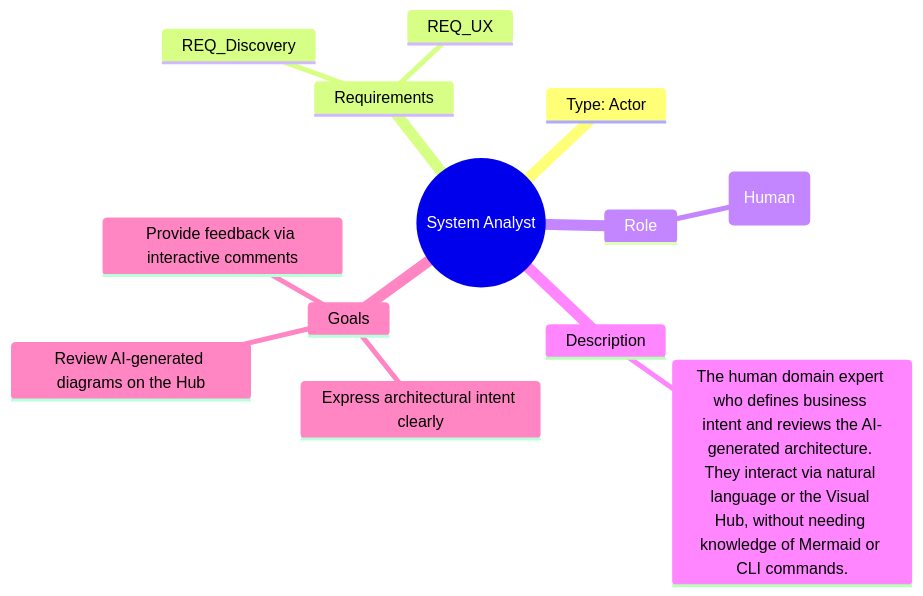
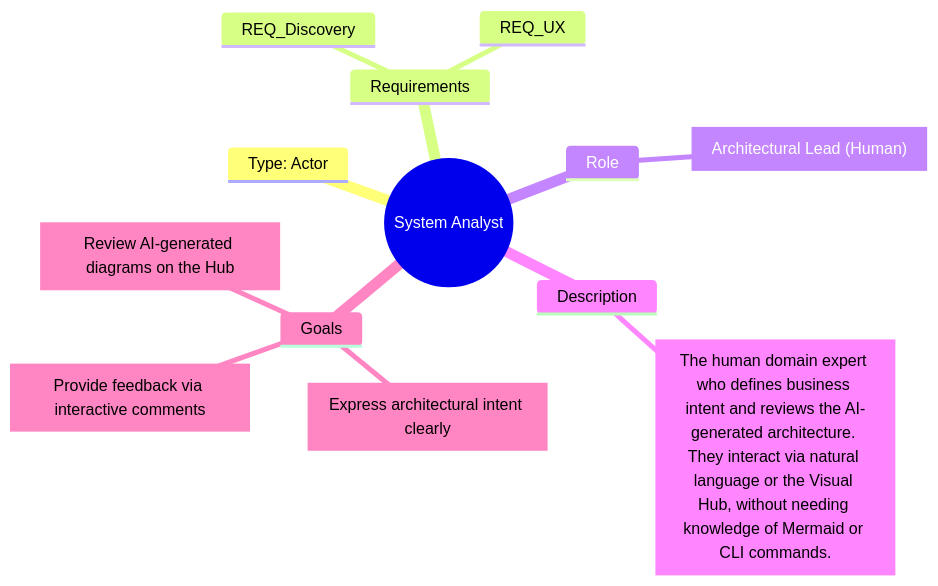
The diagram in docs/personas/PER_SystemAnalyst.mermaid (futurefoundai/foundryspec), drawn with Mermaid before and after one commit. The commit also changed 13 other files, not shown here.

```diff
--- a/docs/personas/PER_SystemAnalyst.mermaid
+++ b/docs/personas/PER_SystemAnalyst.mermaid
@@ -1,21 +1,19 @@
 ---
 id: "PER_SystemAnalyst"
 title: System Analyst
 description: The human domain expert who guides the system design.
-entities:
-  - id: "PER_SystemAnalyst"
 ---
 mindmap
   PER_SystemAnalyst((System Analyst))
     Type: Actor
     Requirements
       REQ_Discovery
       REQ_UX
     Role
-      Architectural Lead (Human)
+      ROLE["Architectural Lead (Human)"]
     Description
-      The human domain expert who defines business intent and reviews the AI-generated architecture. They interact via natural language or the Visual Hub, without needing knowledge of Mermaid or CLI commands.
+      DESCRIPTION["The human domain expert who defines business intent and reviews the AI-generated architecture. They interact via natural language or the Visual Hub, without needing knowledge of Mermaid or CLI commands."]
     Goals
-      Express architectural intent clearly
-      Review AI-generated diagrams on the Hub
-      Provide feedback via interactive comments
+      GOAL_1["Express architectural intent clearly"]
+      GOAL_2["Review AI-generated diagrams on the Hub"]
+      GOAL_3["Provide feedback via interactive comments"]
```
